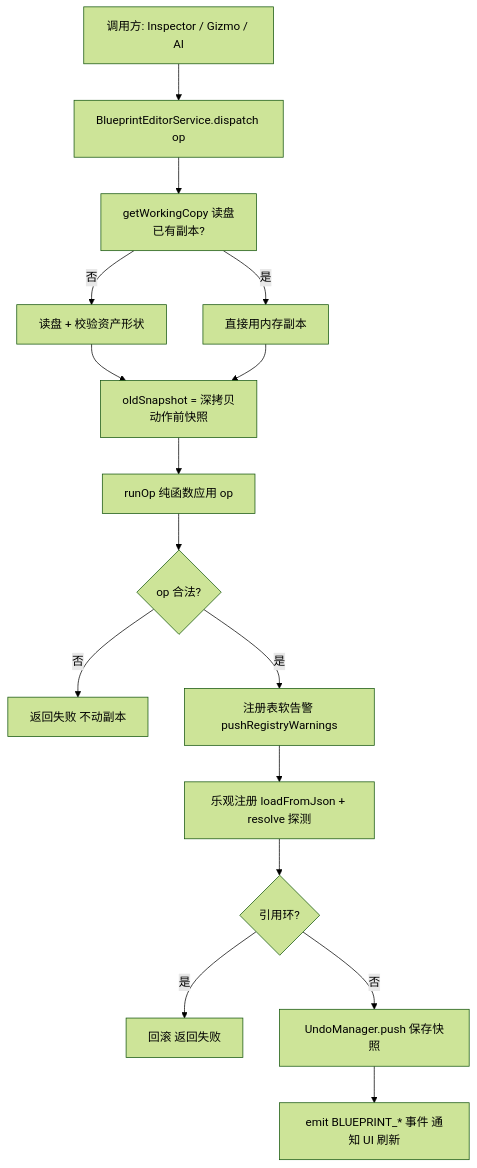
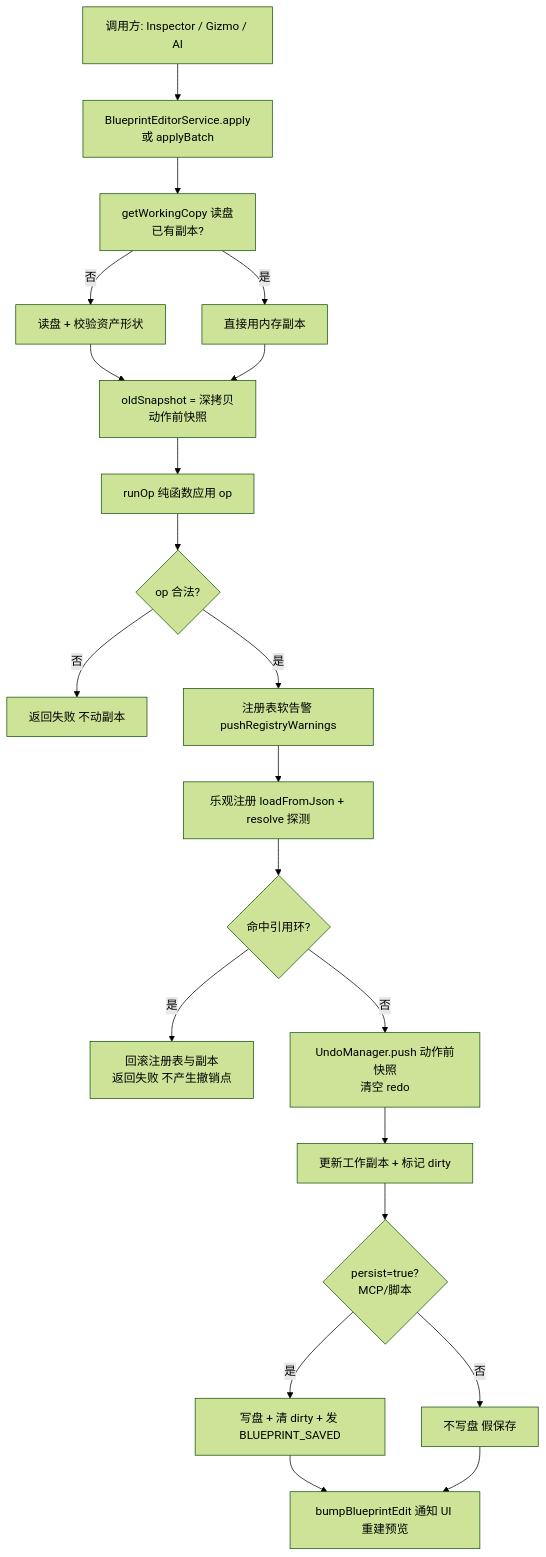
Before and after one commit to Kaplc/DemoStudio: the diagram in doc/editor/blueprint_edit_system.md, drawn with Mermaid (forest theme). The commit also changed other lines of this file and 20 other files, not shown here.

````diff
--- a/doc/editor/blueprint_edit_system.md
+++ b/doc/editor/blueprint_edit_system.md
@@ -50,18 +69,23 @@
 ```mermaid
 flowchart TD
-    A[调用方: Inspector / Gizmo / AI] --> B[BlueprintEditorService.dispatch op]
+    A[调用方: Inspector / Gizmo / AI] --> B[BlueprintEditorService.apply<br/>或 applyBatch]
     B --> C[getWorkingCopy 读盘<br/>已有副本?]
     C -- 否 --> D[读盘 + 校验资产形状]
     C -- 是 --> E[直接用内存副本]
     D --> F[oldSnapshot = 深拷贝<br/>动作前快照]
     E --> F
     F --> G[runOp 纯函数应用 op]
     G --> H{op 合法?}
     H -- 否 --> I[返回失败 不动副本]
     H -- 是 --> J[注册表软告警 pushRegistryWarnings]
     J --> K[乐观注册 loadFromJson + resolve 探测]
-    K --> L{引用环?}
-    L -- 是 --> M[回滚 返回失败]
-    L -- 否 --> N[UndoManager.push 保存快照]
-    N --> O[emit BLUEPRINT_* 事件 通知 UI 刷新]
+    K --> L{命中引用环?}
+    L -- 是 --> M[回滚注册表与副本<br/>返回失败 不产生撤销点]
+    L -- 否 --> N[UndoManager.push 动作前快照<br/>清空 redo]
+    N --> O[更新工作副本 + 标记 dirty]
+    O --> P{persist=true?<br/>MCP/脚本}
+    P -- 是 --> Q[写盘 + 清 dirty + 发 BLUEPRINT_SAVED]
+    P -- 否 --> R[不写盘 假保存]
+    Q --> S[bumpBlueprintEdit 通知 UI 重建预览]
+    R --> S
 ```
````
